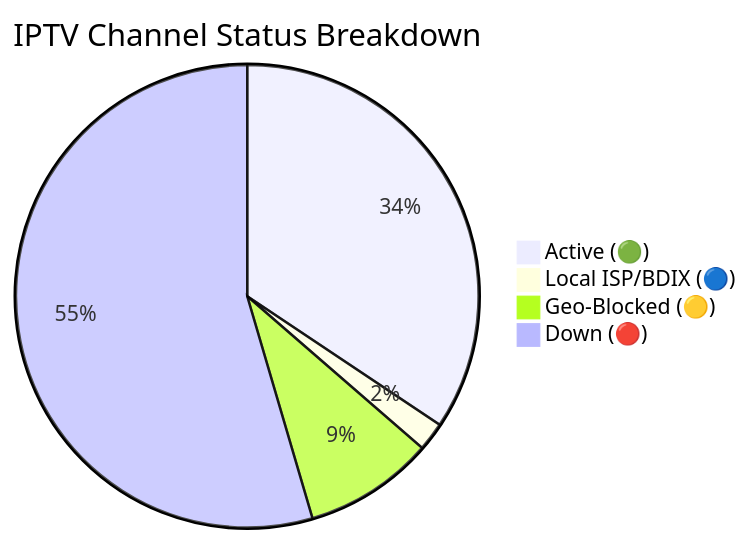
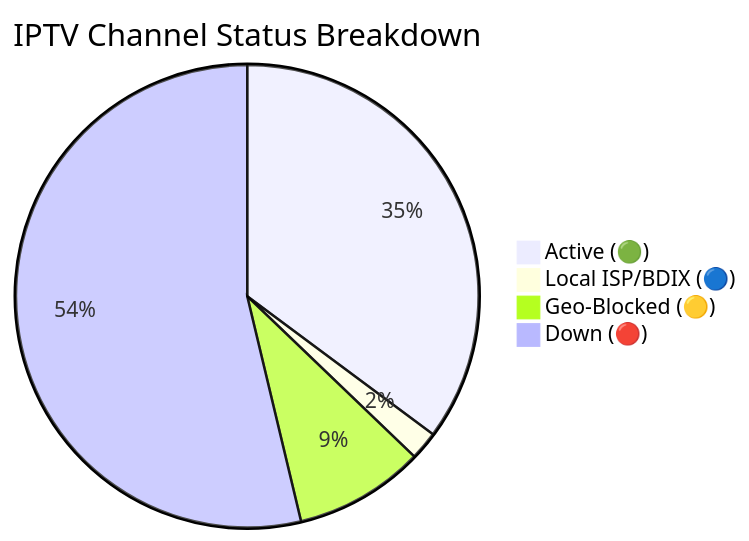
Before and after one commit to andreataylord/Ip-tv-Collection: the diagram in README.md, drawn with Mermaid. The commit also changed other lines of this file and 1 other file, not shown here.

Commit message:
docs(readme): auto-update daily channel status chart

````diff
--- a/README.md
+++ b/README.md
@@ -59,7 +59,7 @@
 ```mermaid
 pie title IPTV Channel Status Breakdown
-    "Active (🟢)" : 2199
+    "Active (🟢)" : 2250
     "Local ISP/BDIX (🔵)" : 128
-    "Geo-Blocked (🟡)" : 581
-    "Down (🔴)" : 3490
+    "Geo-Blocked (🟡)" : 582
+    "Down (🔴)" : 3438
 ```
````
